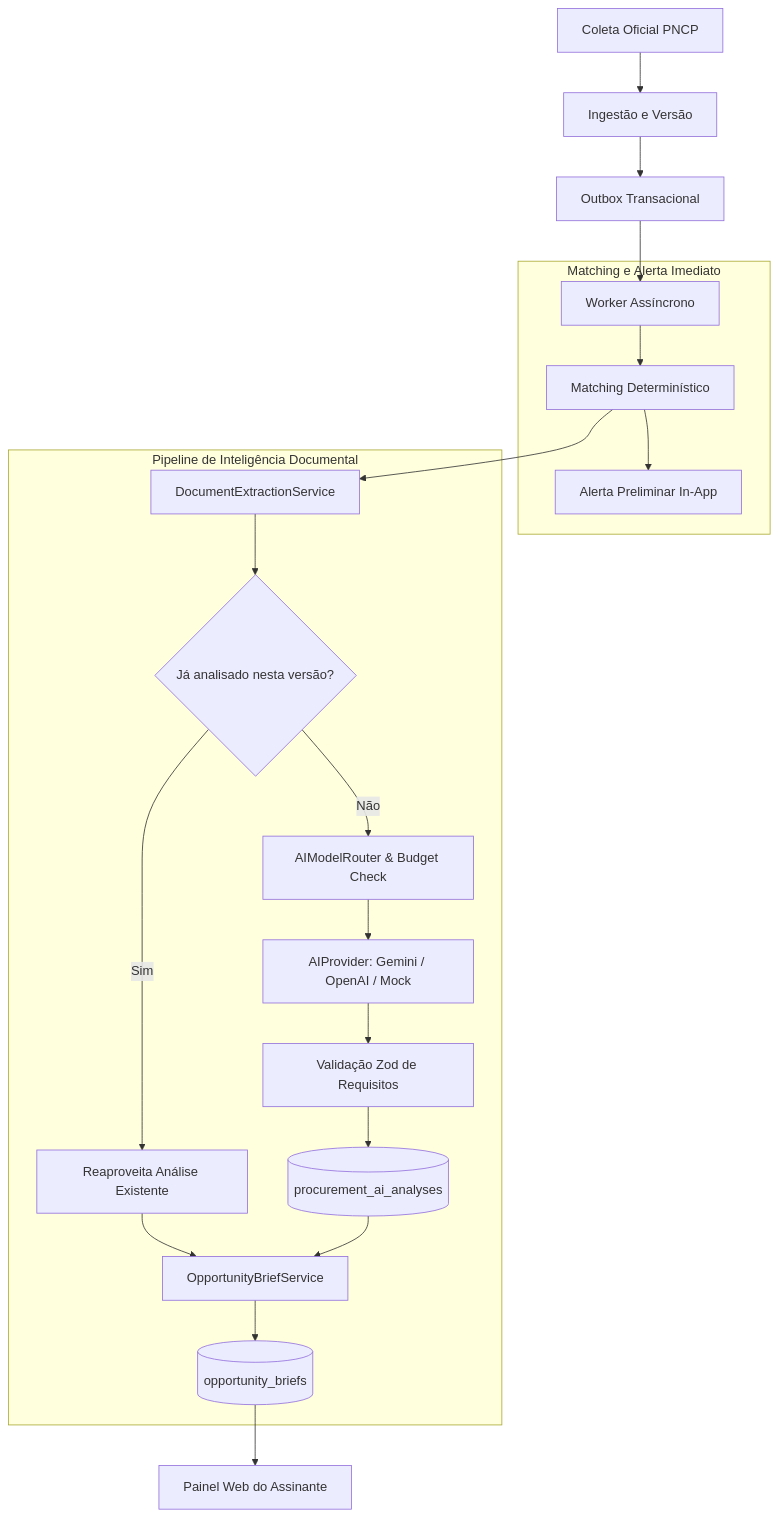
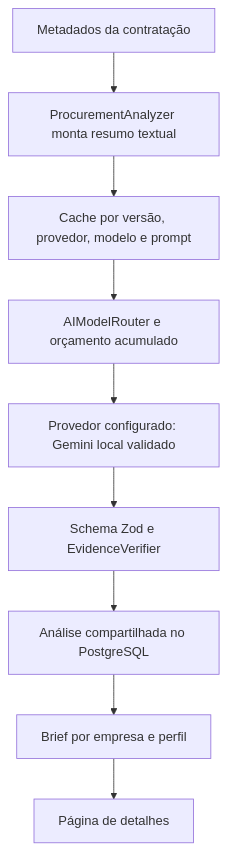
One commit to bilboDocero/radar-licitacao changed the diagram in docs/architecture/ai-architecture.md. Above: the diagram before and after it, drawn with Mermaid. The commit also changed other lines of this file and 13 other files, not shown here.

Commit message:
fix(ai): atualizar cache de análises e planejar MVP documental

````diff
--- a/docs/architecture/ai-architecture.md
+++ b/docs/architecture/ai-architecture.md
@@ -7,27 +7,11 @@
 ```mermaid
 flowchart TD
-    PNCP[Coleta Oficial PNCP] --> Ingest[Ingestão e Versão]
-    Ingest --> Outbox[Outbox Transacional]
-    Outbox --> Worker[Worker Assíncrono]
-    
-    subgraph Matching e Alerta Imediato
-        Worker --> Match[Matching Determinístico]
-        Match --> PreAlert[Alerta Preliminar In-App]
-    end
-    
-    subgraph Pipeline de Inteligência Documental
-        Match --> Extract[DocumentExtractionService]
-        Extract --> SharedCheck{Já analisado nesta versão?}
-        SharedCheck -- Sim --> Cached[Reaproveita Análise Existente]
-        SharedCheck -- Não --> Router[AIModelRouter & Budget Check]
-        Router --> Provider[AIProvider: Gemini / OpenAI / Mock]
-        Provider --> Validate[Validação Zod de Requisitos]
-        Validate --> DBShared[(procurement_ai_analyses)]
-        
-        Cached --> Brief[OpportunityBriefService]
-        DBShared --> Brief
-        Brief --> DBBrief[(opportunity_briefs)]
-    end
-    
-    DBBrief --> Web[Painel Web do Assinante]
+    A[Metadados da contratação] --> B[ProcurementAnalyzer monta resumo textual]
+    B --> C[Cache por versão, provedor, modelo e prompt]
+    C --> D[AIModelRouter e orçamento acumulado]
+    D --> E[Provedor configurado: Gemini local validado]
+    E --> F[Schema Zod e EvidenceVerifier]
+    F --> G[Análise compartilhada no PostgreSQL]
+    G --> H[Brief por empresa e perfil]
+    H --> I[Página de detalhes]
 ```
````
